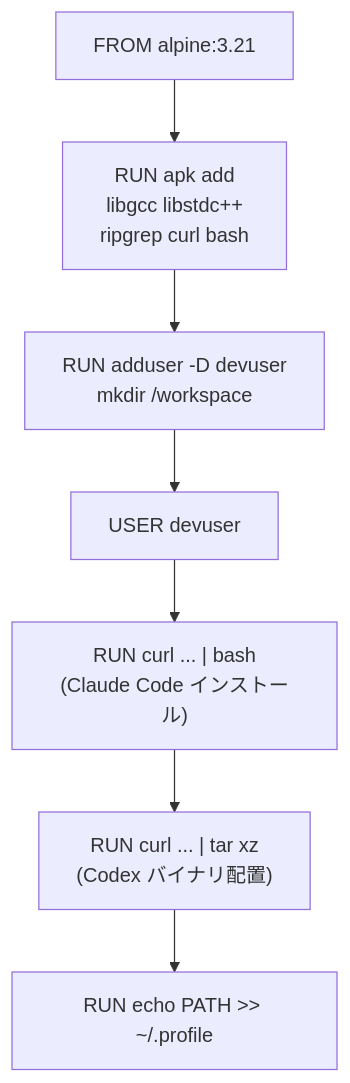
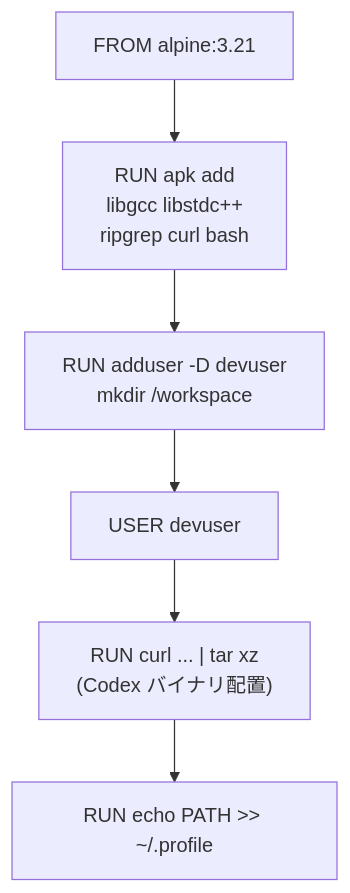
One commit to BlueEventHorizon/AI-Sandbox changed the second of 5 diagrams in specs/design/DES-001_devcontainer_design.md. Above: the diagram before and after it, drawn with Mermaid. The commit also changed other lines of this file and 4 other files, not shown here.

First line of the commit message:
docs: 仕様書を Claude Code ホスト専用化に更新

````diff
--- a/specs/design/DES-001_devcontainer_design.md
+++ b/specs/design/DES-001_devcontainer_design.md
@@ -78,9 +76,8 @@
 ```mermaid
 flowchart TB
     A["FROM alpine:3.21"] --> B["RUN apk add\nlibgcc libstdc++\nripgrep curl bash"]
     B --> C["RUN adduser -D devuser\nmkdir /workspace"]
     C --> D["USER devuser"]
-    D --> E["RUN curl ... | bash\n(Claude Code インストール)"]
-    E --> F["RUN curl ... | tar xz\n(Codex バイナリ配置)"]
-    F --> G["RUN echo PATH >> ~/.profile"]
+    D --> E["RUN curl ... | tar xz\n(Codex バイナリ配置)"]
+    E --> F["RUN echo PATH >> ~/.profile"]
 ```
````
